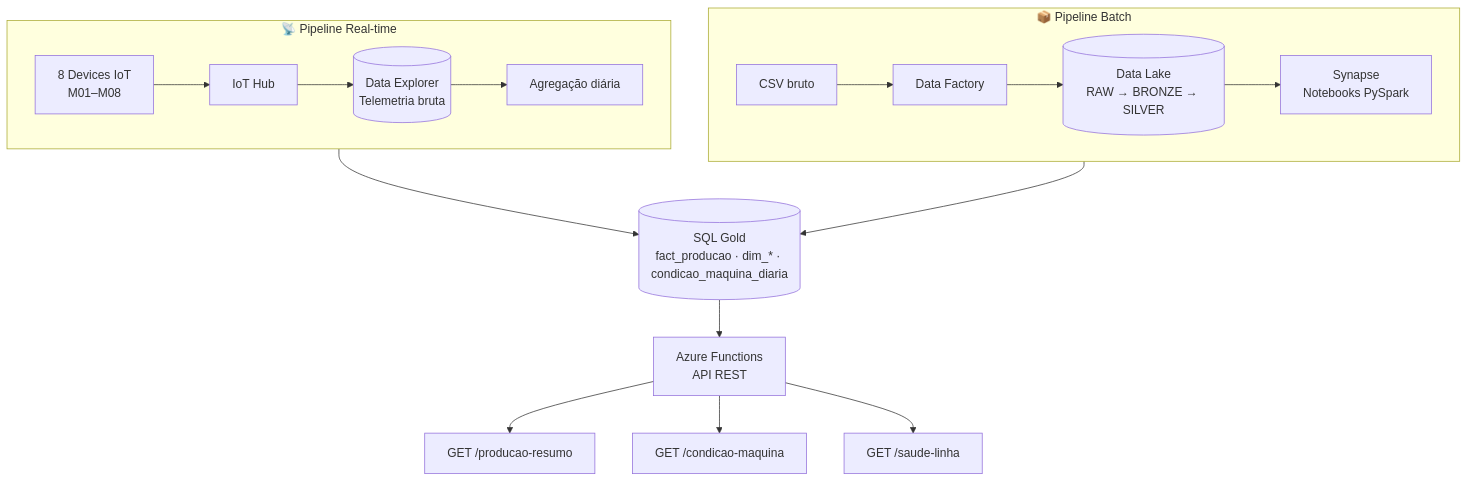
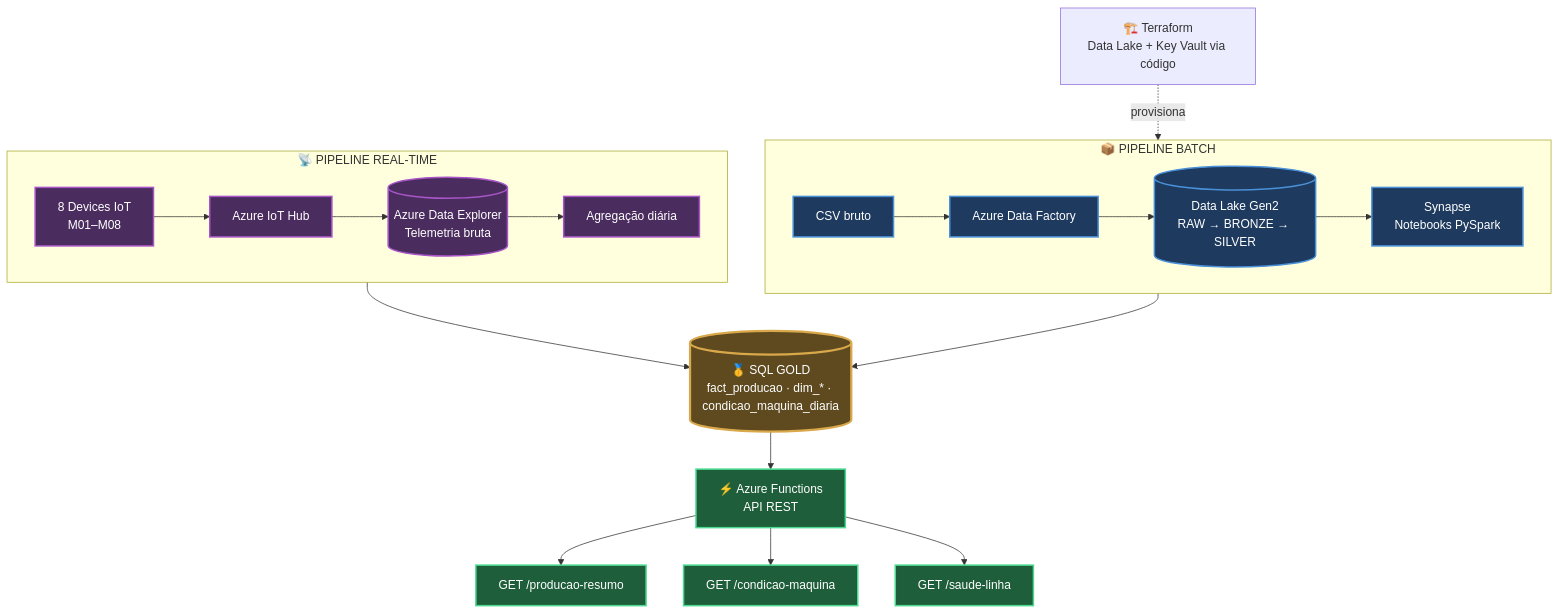
The diagram in readme.md (iannfava/azure-iot-data-pipeline), drawn with Mermaid before and after one commit. The commit also changed other lines of this file, not shown here.

````diff
--- a/readme.md
+++ b/readme.md
@@ -7,25 +15,37 @@
 ```mermaid
 flowchart TD
-    subgraph BATCH["📦 Pipeline Batch"]
+    classDef batch fill:#1e3a5f,stroke:#4a90d9,stroke-width:2px,color:#fff
+    classDef realtime fill:#4a2c5e,stroke:#a855c7,stroke-width:2px,color:#fff
+    classDef gold fill:#5e4a1e,stroke:#d9a84a,stroke-width:3px,color:#fff
+    classDef api fill:#1e5e3a,stroke:#4ad98f,stroke-width:2px,color:#fff
+
+    subgraph BATCH["📦 PIPELINE BATCH"]
         direction LR
-        A1[CSV bruto] --> A2[Data Factory]
-        A2 --> A3[(Data Lake<br/>RAW → BRONZE → SILVER)]
+        A1[CSV bruto] --> A2[Azure Data Factory]
+        A2 --> A3[(Data Lake Gen2<br/>RAW → BRONZE → SILVER)]
         A3 --> A4[Synapse<br/>Notebooks PySpark]
     end
 
-    subgraph REALTIME["📡 Pipeline Real-time"]
+    subgraph REALTIME["📡 PIPELINE REAL-TIME"]
         direction LR
-        B1[8 Devices IoT<br/>M01–M08] --> B2[IoT Hub]
-        B2 --> B3[(Data Explorer<br/>Telemetria bruta)]
+        B1[8 Devices IoT<br/>M01–M08] --> B2[Azure IoT Hub]
+        B2 --> B3[(Azure Data Explorer<br/>Telemetria bruta)]
         B3 --> B4[Agregação diária]
     end
 
-    A4 --> GOLD[(SQL Gold<br/>fact_producao · dim_* · condicao_maquina_diaria)]
+    A4 --> GOLD[("🥇 SQL GOLD<br/>fact_producao · dim_* · condicao_maquina_diaria")]
     B4 --> GOLD
 
-    GOLD --> API[Azure Functions<br/>API REST]
+    GOLD --> API["⚡ Azure Functions<br/>API REST"]
 
     API --> R1[GET /producao-resumo]
     API --> R2[GET /condicao-maquina]
     API --> R3[GET /saude-linha]
+
+    IAC["🏗️ Terraform<br/>Data Lake + Key Vault via código"] -.provisiona.-> A3
+
+    class A1,A2,A3,A4 batch
+    class B1,B2,B3,B4 realtime
+    class GOLD gold
+    class API,R1,R2,R3 api
 ```
````
